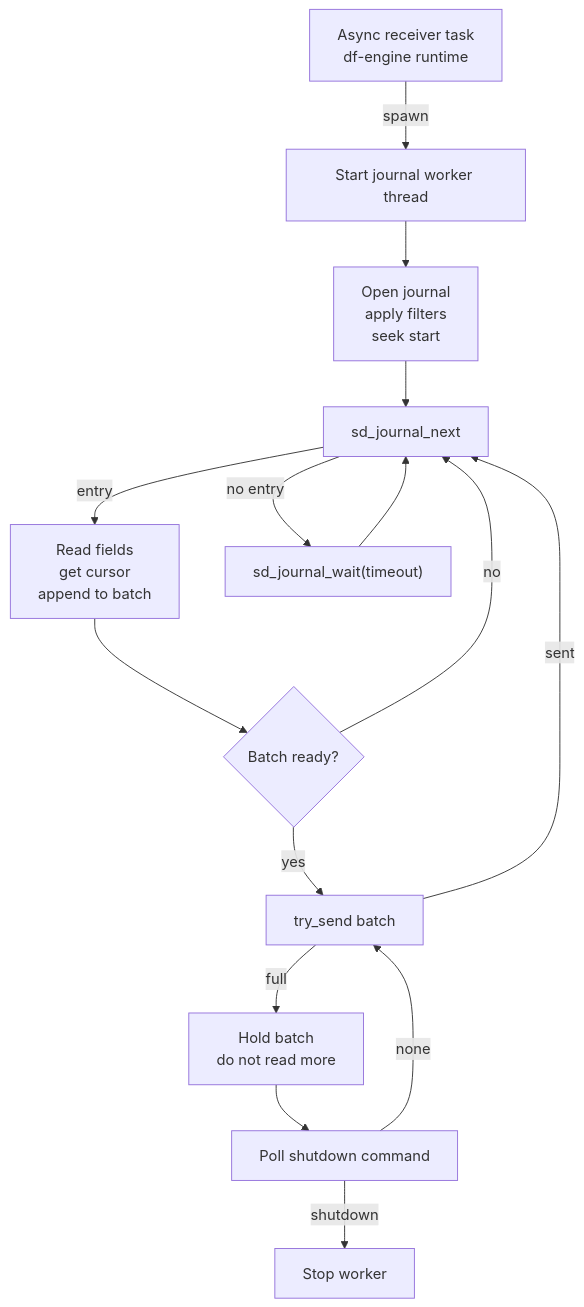
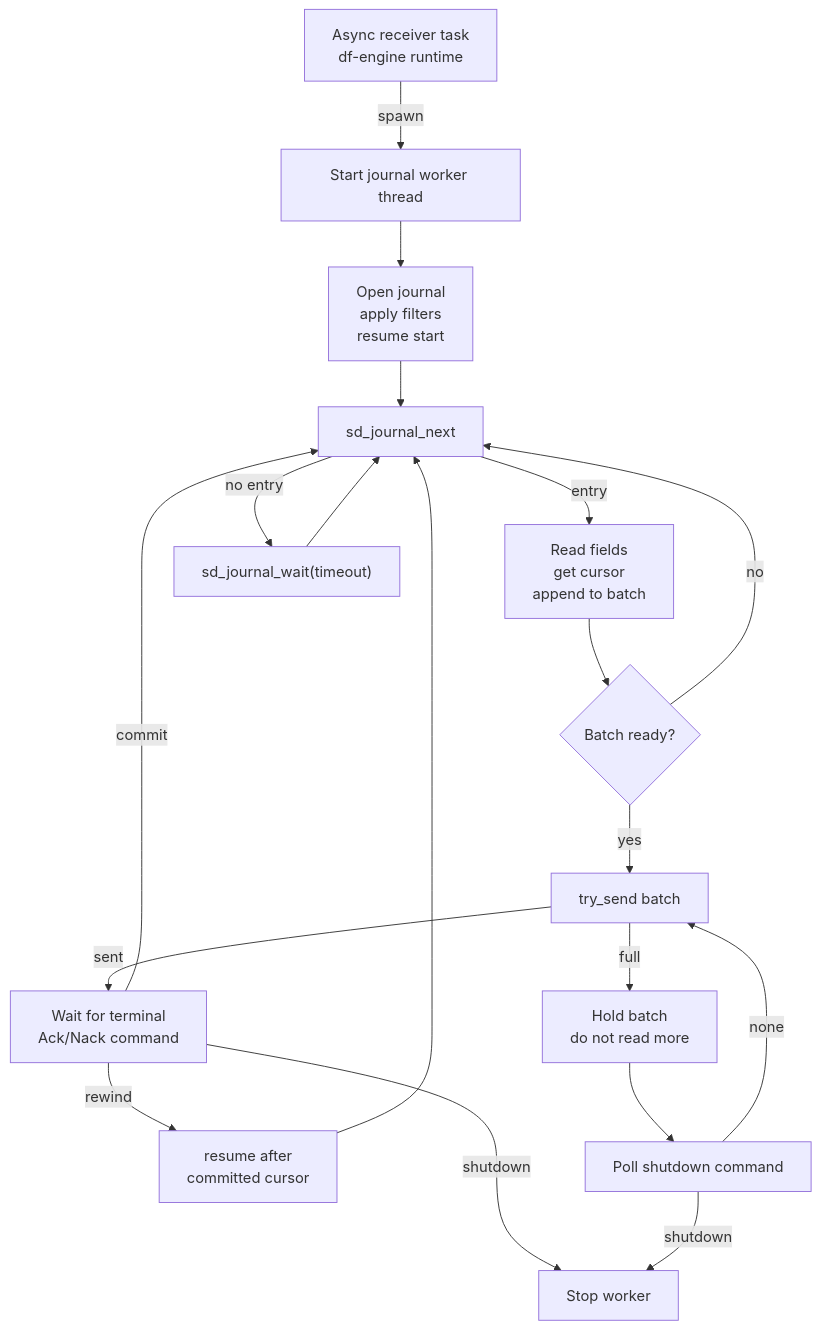
Before and after one commit to open-telemetry/otel-arrow: the second of 3 diagrams in rust/otap-dataflow/docs/journald-receiver.md, drawn with Mermaid. The commit also changed other lines of this file, not shown here.

````diff
--- a/rust/otap-dataflow/docs/journald-receiver.md
+++ b/rust/otap-dataflow/docs/journald-receiver.md
@@ -163,17 +201,21 @@
 ```mermaid
 flowchart TD
     Async["Async receiver task<br/>df-engine runtime"] -->|"spawn"| Start["Start journal worker thread"]
-    Start --> Init["Open journal<br/>apply filters<br/>seek start"]
+    Start --> Init["Open journal<br/>apply filters<br/>resume start"]
     Init --> Next[sd_journal_next]
     Next -->|entry| Build["Read fields<br/>get cursor<br/>append to batch"]
     Next -->|no entry| Wait["sd_journal_wait(timeout)"]
     Wait --> Next
     Build --> Ready{Batch ready?}
     Ready -->|no| Next
     Ready -->|yes| Send["try_send batch"]
-    Send -->|sent| Next
+    Send -->|sent| Await["Wait for terminal<br/>Ack/Nack command"]
+    Await -->|commit| Next
+    Await -->|rewind| Resume["resume after<br/>committed cursor"]
+    Resume --> Next
+    Await -->|shutdown| Stop
     Send -->|full| Hold["Hold batch<br/>do not read more"]
     Hold --> PollShutdown["Poll shutdown command"]
     PollShutdown -->|shutdown| Stop["Stop worker"]
     PollShutdown -->|none| Send
 ```
````
